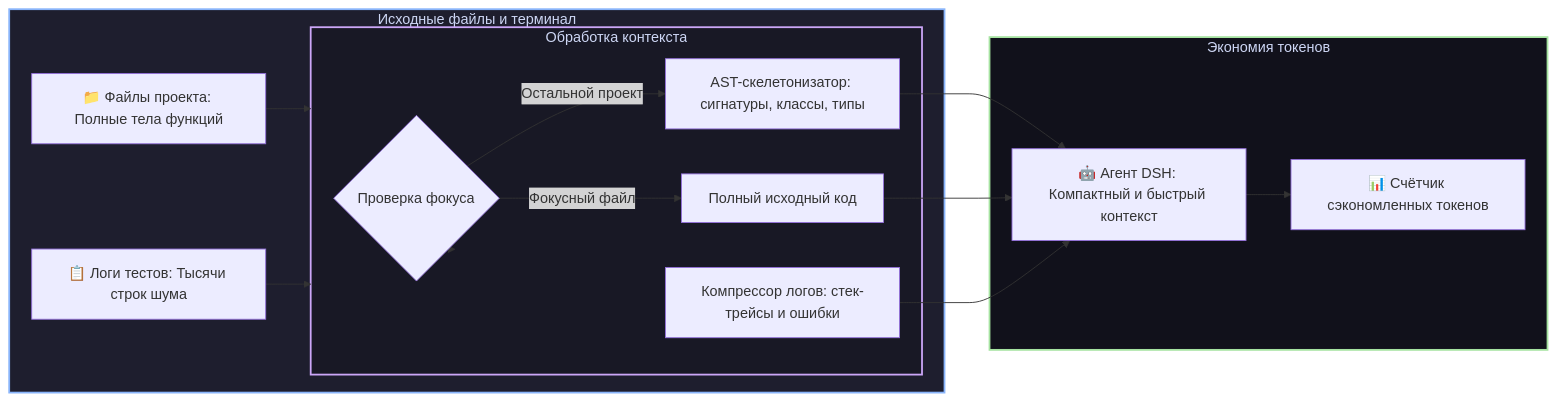
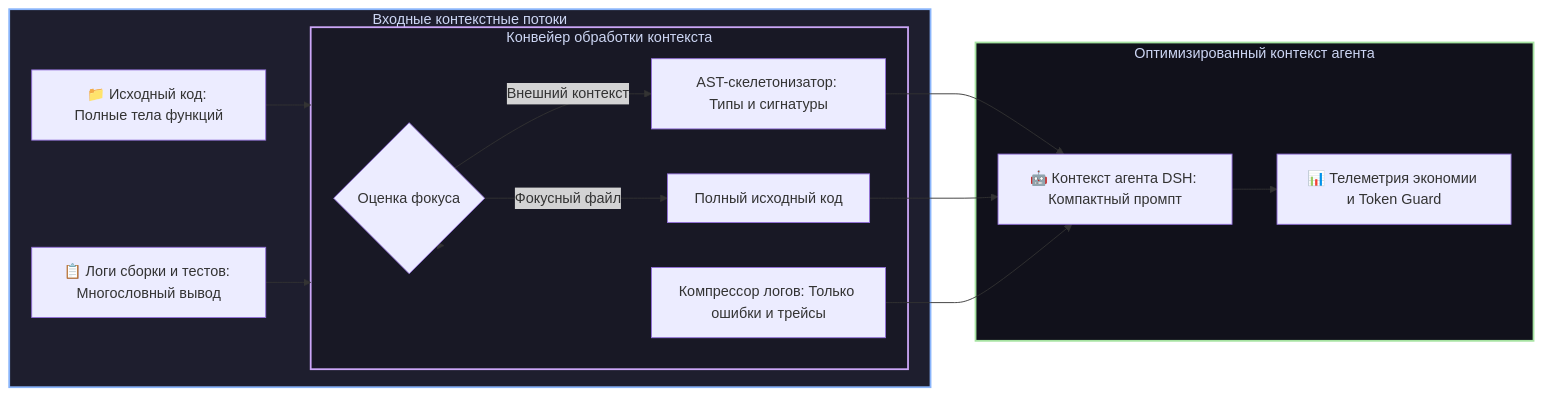
Before and after one commit to GooDAnDReaDY/dsh-context-lens: the diagram in README.ru.md, drawn with Mermaid. The commit also changed other lines of this file and 4 other files, not shown here.

````diff
--- a/README.ru.md
+++ b/README.ru.md
@@ -47,25 +49,25 @@
 ```mermaid
 graph LR
-    subgraph RawContext [Исходные файлы и терминал]
-        Code[📁 Файлы проекта: Полные тела функций] --> LensEngine[Ядро сжатия dsh-context-lens]
-        Logs[📋 Логи тестов: Тысячи строк шума] --> LensEngine
+    subgraph RawContext [Входные контекстные потоки]
+        Code[📁 Исходный код: Полные тела функций] --> LensEngine[Движок dsh-context-lens]
+        Logs[📋 Логи сборки и тестов: Многословный вывод] --> LensEngine
     end
 
-    subgraph LensEngine [Обработка контекста]
-        LensEngine --> Focus{Проверка фокуса}
+    subgraph LensEngine [Конвейер обработки контекста]
+        LensEngine --> Focus{Оценка фокуса}
         Focus -->|Фокусный файл| RawKeep[Полный исходный код]
-        Focus -->|Остальной проект| AST[AST-скелетонизатор: сигнатуры, классы, типы]
-        LensEngine --> LogFilter[Компрессор логов: стек-трейсы и ошибки]
+        Focus -->|Внешний контекст| AST[AST-скелетонизатор: Типы и сигнатуры]
+        LensEngine --> LogFilter[Компрессор логов: Только ошибки и трейсы]
     end
 
-    subgraph Savings [Экономия токенов]
-        AST --> Agent[🤖 Агент DSH: Компактный и быстрый контекст]
+    subgraph Output [Оптимизированный контекст агента]
+        AST --> Agent[🤖 Контекст агента DSH: Компактный промпт]
         RawKeep --> Agent
         LogFilter --> Agent
-        Agent --> Tracker[📊 Счётчик сэкономленных токенов]
+        Agent --> Tracker[📊 Телеметрия экономии и Token Guard]
     end
 
     style RawContext fill:#1e1e2e,stroke:#89b4fa,stroke-width:2px,color:#cdd6f4
     style LensEngine fill:#181825,stroke:#cba6f7,stroke-width:2px,color:#cdd6f4
-    style Savings fill:#11111b,stroke:#a6e3a1,stroke-width:2px,color:#cdd6f4
+    style Output fill:#11111b,stroke:#a6e3a1,stroke-width:2px,color:#cdd6f4
 ```
````
